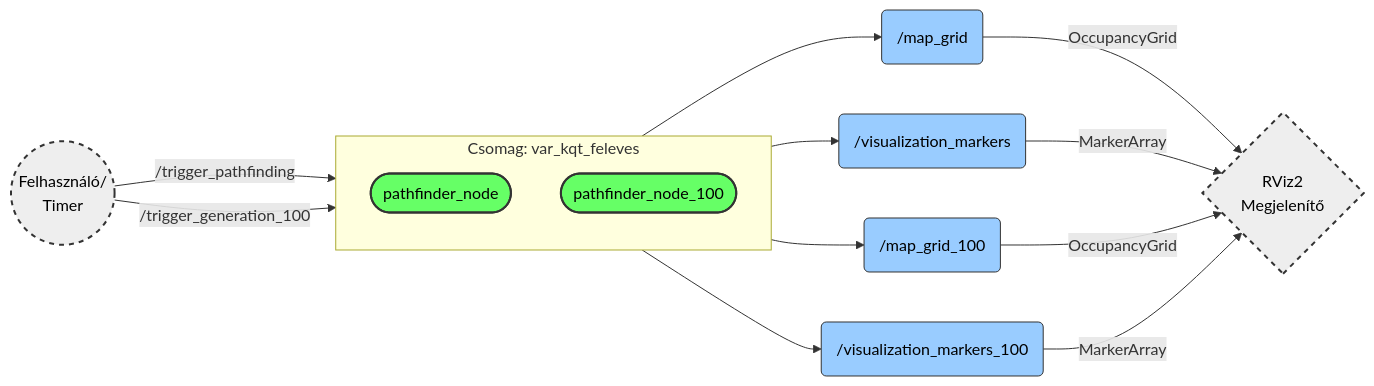
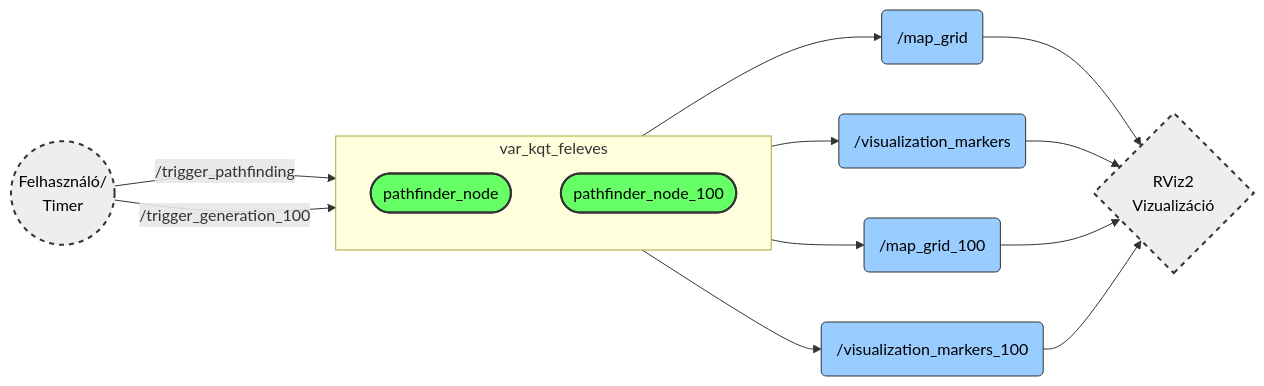
Before and after one commit to dzoli15/var_kqt_feleves: the first of 2 diagrams in README.md, drawn with Mermaid. The commit also changed other lines of this file, not shown here.

````diff
--- a/README.md
+++ b/README.md
@@ -129,48 +161,29 @@
 ```mermaid
 graph LR
-    %% --- Stílusdefiníciók (Javítva: Fekete szöveg) ---
-    %% color:black lett beállítva mindenhol a láthatóságért
+    %% Stílusok
     classDef service fill:#ff9900,stroke:#333,stroke-width:1px,color:black;
     classDef topic fill:#99ccff,stroke:#333,stroke-width:1px,color:black;
     classDef node fill:#66ff66,stroke:#333,stroke-width:2px,color:black;
     classDef external fill:#eeeeee,stroke:#333,stroke-dasharray: 5 5,color:black;
 
-    %% --- Külső Szereplők ---
     User((Felhasználó/<br>Timer)):::external
-    RViz{RViz2<br>Megjelenítő}:::external
+    RViz{RViz2<br>Vizualizáció}:::external
 
-    %% --- A Csomag Belső Felépítése ---
-    subgraph Package [Csomag: var_kqt_feleves]
+    subgraph Package [var_kqt_feleves]
         direction TB
-        
-        %% Node 1: Kicsi (Basic)
         PF_Basic([pathfinder_node]):::node
-        
-        %% Node 2: Nagy (100)
         PF_100([pathfinder_node_100]):::node
     end
 
-    %% --- Adatfolyam 1: Alap Node (15x15) ---
-    %% Bemenet (Service)
+    %% Adatfolyam 1 (Kicsi)
     User -- "/trigger_pathfinding" --> PF_Basic
-    
-    %% Kimenet (Topics)
     PF_Basic --> T1(/map_grid):::topic
     PF_Basic --> T2(/visualization_markers):::topic
-    
-    %% Megjelenítés
-    T1 -- OccupancyGrid --> RViz
-    T2 -- MarkerArray --> RViz
+    T1 & T2 --> RViz
 
-    %% --- Adatfolyam 2: Nagy Node (100x100) ---
-    %% Bemenet (Service)
+    %% Adatfolyam 2 (Nagy)
     User -- "/trigger_generation_100" --> PF_100
-    
-    %% Kimenet (Topics)
     PF_100 --> T3(/map_grid_100):::topic
     PF_100 --> T4(/visualization_markers_100):::topic
-
-    %% Megjelenítés
-    T3 -- OccupancyGrid --> RViz
-    T4 -- MarkerArray --> RViz
+    T3 & T4 --> RViz
 ```
````
